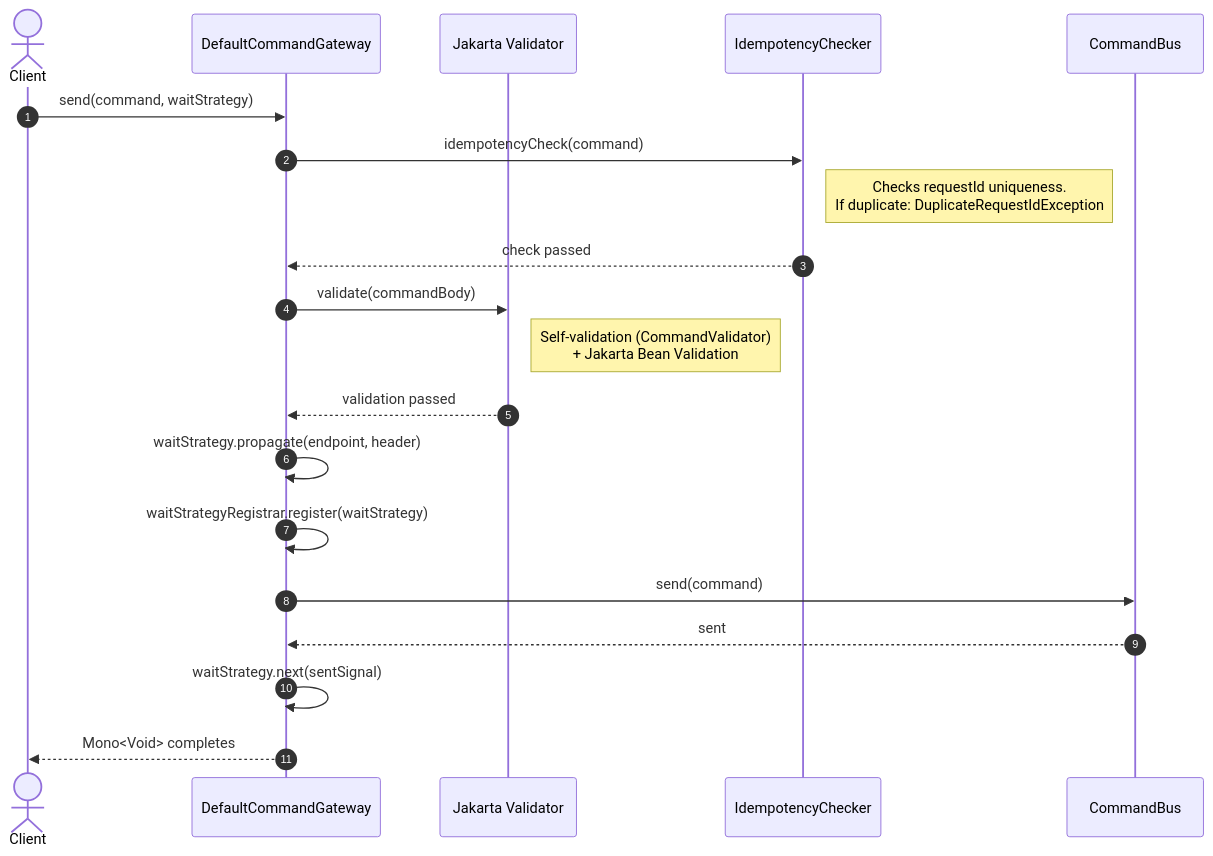
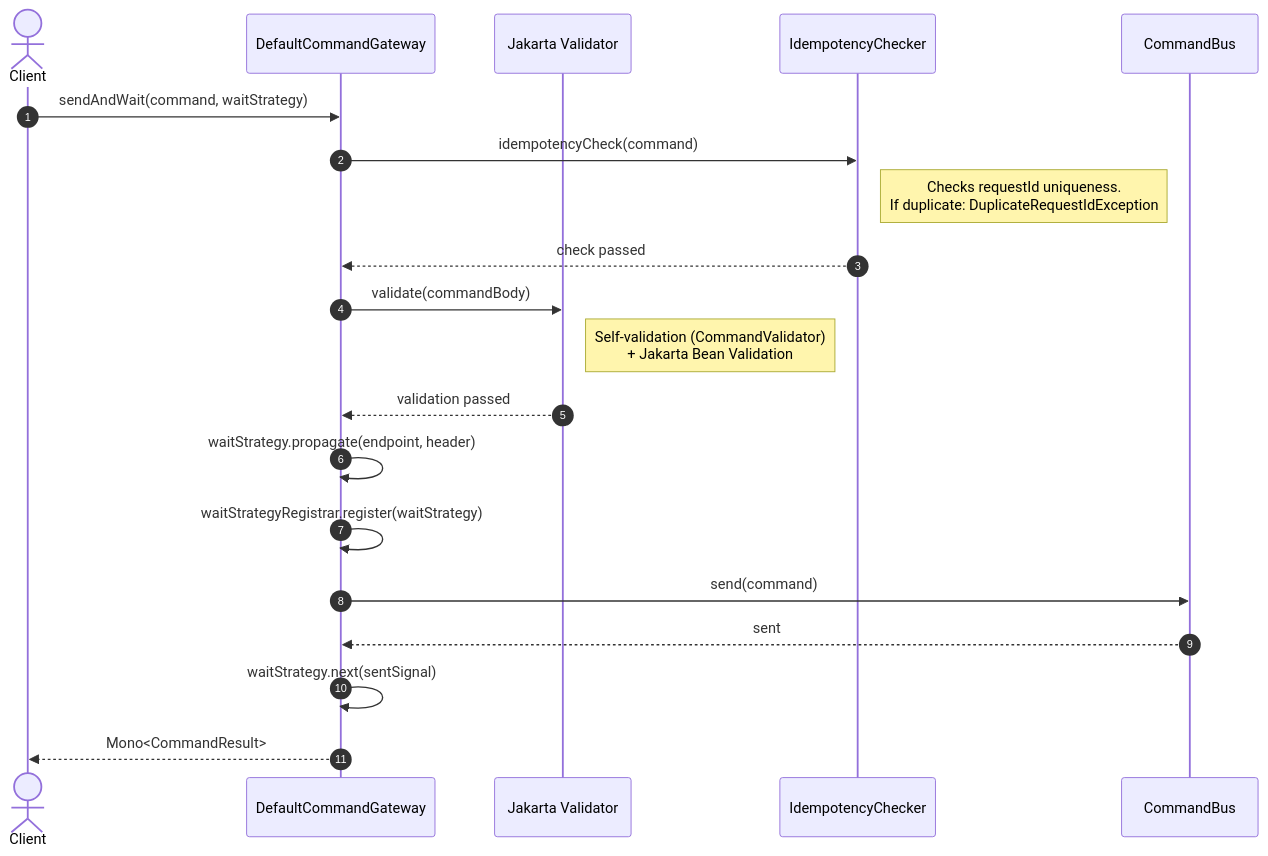
Before and after one commit to Ahoo-Wang/Wow: the second of 10 diagrams in documentation/docs/en/guide/advanced/data-flow.md, drawn with Mermaid. The commit also changed 17 other files, not shown here.

First line of the commit message:
refactor(core): hide wait-strategy send API

````diff
--- a/documentation/docs/en/guide/advanced/data-flow.md
+++ b/documentation/docs/en/guide/advanced/data-flow.md
@@ -40,25 +40,25 @@
 ```mermaid
 sequenceDiagram
     autonumber
     actor Client
     participant CG as DefaultCommandGateway
     participant Validator as Jakarta Validator
     participant Idempotency as IdempotencyChecker
     participant CB as CommandBus
 
-    Client->>CG: send(command, waitStrategy)
+    Client->>CG: sendAndWait(command, waitStrategy)
     CG->>Idempotency: idempotencyCheck(command)
     Note right of Idempotency: Checks requestId uniqueness.<br>If duplicate: DuplicateRequestIdException
     Idempotency-->>CG: check passed
     CG->>Validator: validate(commandBody)
     Note right of Validator: Self-validation (CommandValidator)<br>+ Jakarta Bean Validation
     Validator-->>CG: validation passed
     CG->>CG: waitStrategy.propagate(endpoint, header)
     CG->>CG: waitStrategyRegistrar.register(waitStrategy)
     CG->>CB: send(command)
     CB-->>CG: sent
     CG->>CG: waitStrategy.next(sentSignal)
-    CG-->>Client: Mono<Void> completes
+    CG-->>Client: Mono<CommandResult>
 
 
 ```
````
